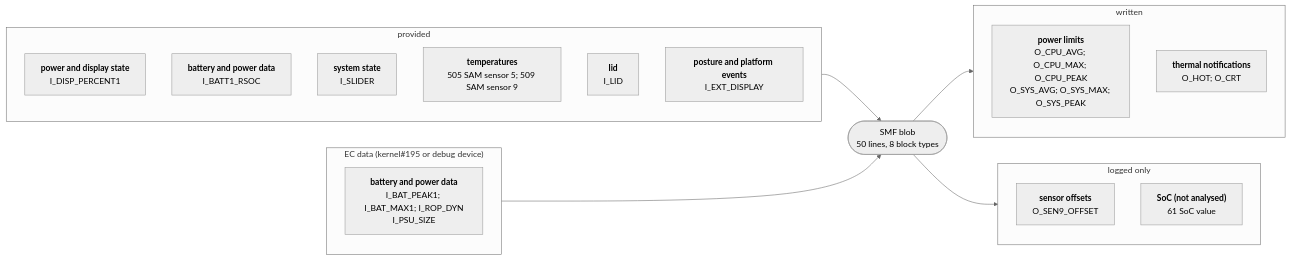
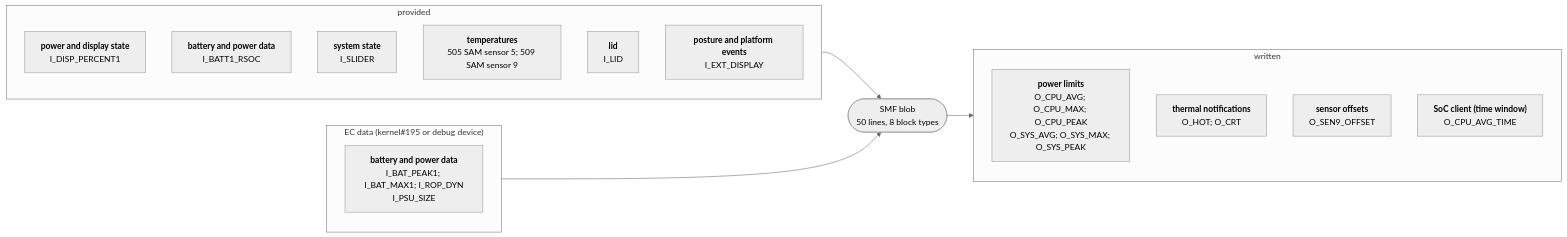
The diagram in docs/devices/surface-laptop-go.md (larsschellhas/linux-surface-power), drawn with Mermaid (neutral theme) before and after one commit. The commit also changed other lines of this file and 42 other files, not shown here.

First line of the commit message:
Remaining Pro 10 outputs: PL1 time window, sensor offset, two not needed

````diff
--- a/docs/devices/surface-laptop-go.md
+++ b/docs/devices/surface-laptop-go.md
@@ -19,27 +19,24 @@
 ```mermaid
 flowchart LR
     subgraph IN0["provided"]
         I0_1FB53D4C["<b>power and display state</b><br/>I_DISP_PERCENT1"]
         I0_28B7BD85["<b>battery and power data</b><br/>I_BATT1_RSOC"]
         I0_2DD6960F["<b>system state</b><br/>I_SLIDER"]
         I0_2E8B14C2["<b>temperatures</b><br/>505 SAM sensor 5; 509 SAM sensor 9"]
         I0_5D0EE597["<b>lid</b><br/>I_LID"]
         I0_8060B17F["<b>posture and platform events</b><br/>I_EXT_DISPLAY"]
     end
     IN0 --> B
     subgraph IN1["EC data (kernel#195 or debug device)"]
         I1_28B7BD85["<b>battery and power data</b><br/>I_BAT_PEAK1; I_BAT_MAX1; I_ROP_DYN<br/>I_PSU_SIZE"]
     end
     IN1 --> B
     B(["SMF blob<br/>50 lines, 8 block types"])
     subgraph OUT0["written"]
         O0_0B7B5350["<b>power limits</b><br/>O_CPU_AVG; O_CPU_MAX; O_CPU_PEAK<br/>O_SYS_AVG; O_SYS_MAX; O_SYS_PEAK"]
         O0_110DF2A4["<b>thermal notifications</b><br/>O_HOT; O_CRT"]
+        O0_A79674B4["<b>sensor offsets</b><br/>O_SEN9_OFFSET"]
+        O0_CF2F6076["<b>SoC client (time window)</b><br/>O_CPU_AVG_TIME"]
     end
     B --> OUT0
-    subgraph OUT1["logged only"]
-        O1_A79674B4["<b>sensor offsets</b><br/>O_SEN9_OFFSET"]
-        O1_CF2F6076["<b>SoC (not analysed)</b><br/>61 SoC value"]
-    end
-    B --> OUT1
 ```
````
